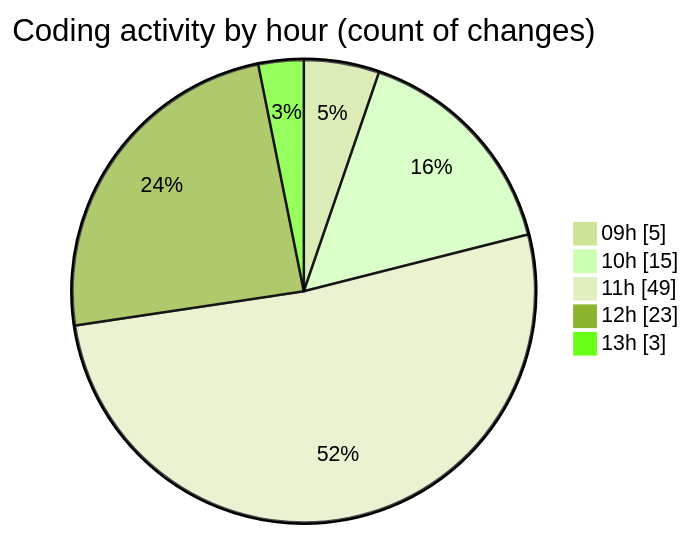
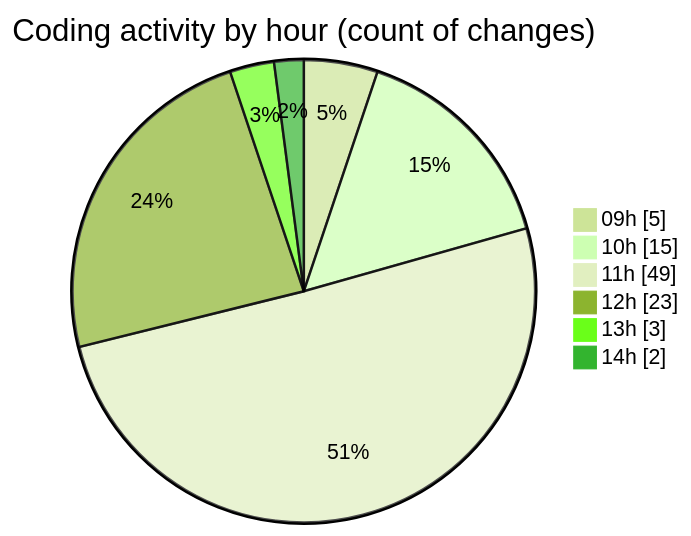
Before and after one commit to CELIANVF/code-tracking: the second of 2 diagrams in 2025-06-13/ecodeli-1/README.md, drawn with Mermaid (forest theme). The commit also changed other lines of this file and 1 other file, not shown here.

````diff
--- a/2025-06-13/ecodeli-1/README.md
+++ b/2025-06-13/ecodeli-1/README.md
@@ -51,9 +51,10 @@
 ```mermaid
 pie showData
 title Coding activity by hour (count of changes)
 "09h" : 5
 "10h" : 15
 "11h" : 49
 "12h" : 23
 "13h" : 3
+"14h" : 2
 ```
````
